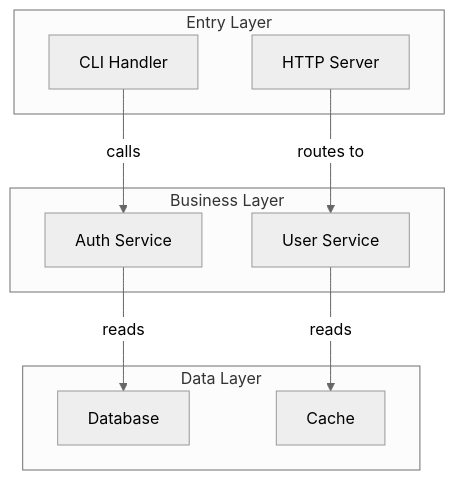
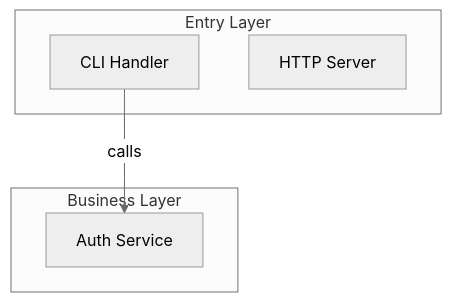
One commit to neo-hack/supermario changed the diagram in skills/mermaid-course/SKILL.md. Above: the diagram before and after it, drawn with Mermaid (neutral theme). The commit also changed other lines of this file, not shown here.

Commit message:
:memo: docs(mermaid-course): rewrite Phase 4 with two Mermaid roles

````diff
--- a/skills/mermaid-course/SKILL.md
+++ b/skills/mermaid-course/SKILL.md
@@ -233,19 +240,11 @@
 ```mermaid
 graph TD
   subgraph Entry["Entry Layer"]
     E1["CLI Handler"]
     E2["HTTP Server"]
   end
   subgraph Core["Business Layer"]
     C1["Auth Service"]
-    C2["User Service"]
-  end
-  subgraph Data["Data Layer"]
-    D1["Database"]
-    D2["Cache"]
   end
   E1 -->|"calls"| C1
-  E2 -->|"routes to"| C2
-  C1 -->|"reads"| D1
-  C2 -->|"reads"| D2
 ```
````
